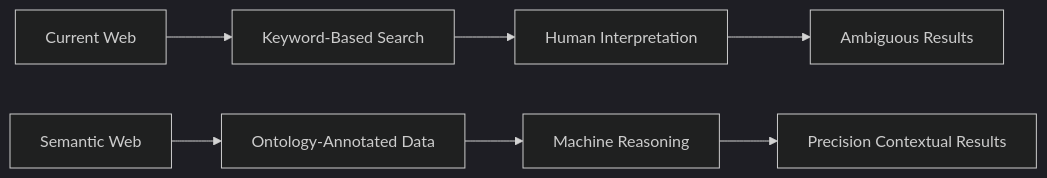
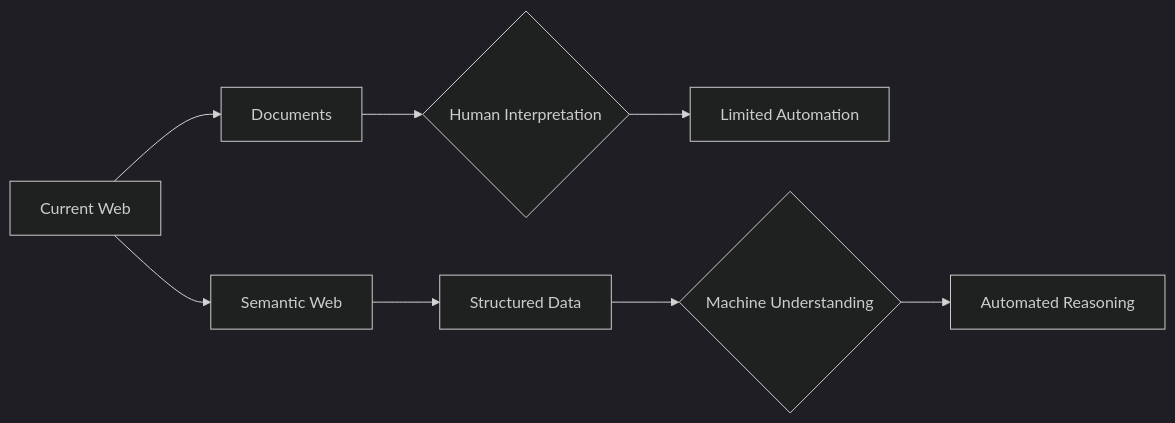
Before and after one commit to KishoreRam-M/SocialNetworkEnginnering: the first of 7 diagrams in Unit-1 /12-Marks.md, drawn with Mermaid (dark theme). The commit also changed other lines of this file, not shown here.

````diff
--- a/Unit-1 /12-Marks.md
+++ b/Unit-1 /12-Marks.md
@@ -12,9 +10,10 @@
 ```mermaid
 graph LR
-A[Current Web] --> B[Keyword-Based Search]
-B --> C[Human Interpretation]
-C --> D[Ambiguous Results]
-E[Semantic Web] --> F[Ontology-Annotated Data]
-F --> G[Machine Reasoning]
-G --> H[Precision Contextual Results]
+A[Current Web] --> B[Documents]
+B --> C{Human Interpretation}
+C --> D[Limited Automation]
+A --> E[Semantic Web]
+E --> F[Structured Data]
+F --> G{Machine Understanding}
+G --> H[Automated Reasoning]
 ```
````
